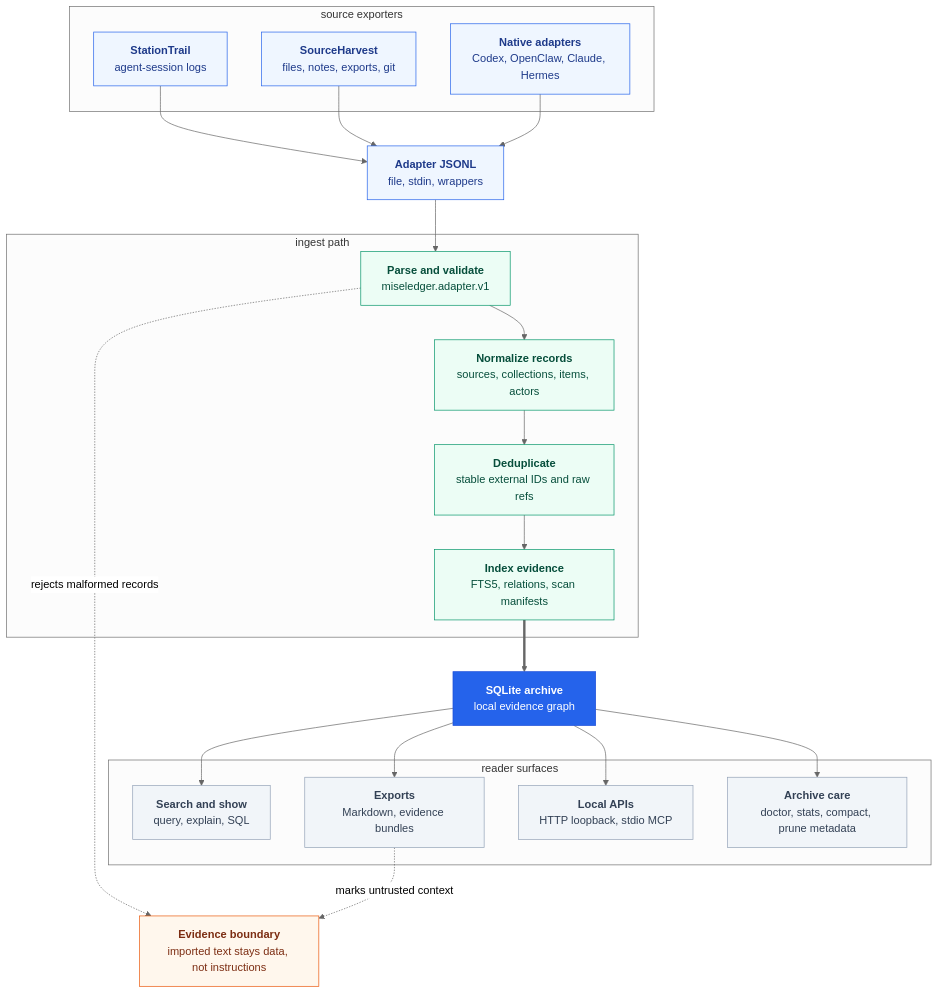
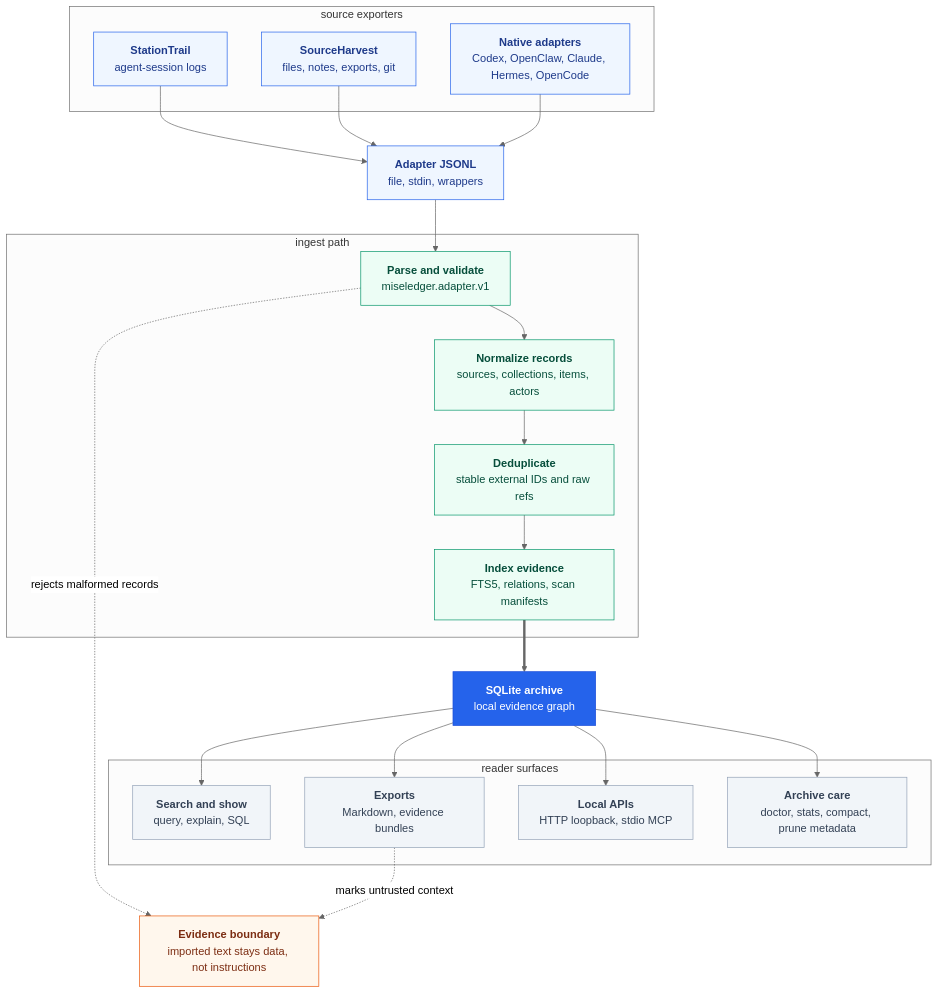
Before and after one commit to escoffier-labs/brigade: the first of 2 diagrams in engines/evidence-ledger/README.md, drawn with Mermaid (neutral theme). The commit also changed other lines of this file and 17 other files, not shown here.

````diff
--- a/engines/evidence-ledger/README.md
+++ b/engines/evidence-ledger/README.md
@@ -103,51 +103,51 @@
 ```mermaid
 flowchart TB
     ADAPTER["<b>Adapter JSONL</b><br/>file, stdin, wrappers"]
 
     subgraph SOURCES [" source exporters "]
         STATIONTRAIL["<b>StationTrail</b><br/>agent-session logs"]
         SOURCEHARVEST["<b>SourceHarvest</b><br/>files, notes, exports, git"]
-        NATIVE["<b>Native adapters</b><br/>Codex, OpenClaw, Claude, Hermes"]
+        NATIVE["<b>Native adapters</b><br/>Codex, OpenClaw, Claude, Hermes, OpenCode"]
     end
 
     STATIONTRAIL & SOURCEHARVEST & NATIVE --> ADAPTER
 
     subgraph INGEST [" ingest path "]
         PARSE["<b>Parse and validate</b><br/>miseledger.adapter.v1"]
         NORMALIZE["<b>Normalize records</b><br/>sources, collections, items, actors"]
         DEDUPE["<b>Deduplicate</b><br/>stable external IDs and raw refs"]
         INDEX["<b>Index evidence</b><br/>FTS5, relations, scan manifests"]
     end
 
     ADAPTER --> PARSE --> NORMALIZE --> DEDUPE --> INDEX
 
     ARCHIVE["<b>SQLite archive</b><br/>local evidence graph"]
     INDEX ==> ARCHIVE
 
     subgraph SURFACES [" reader surfaces "]
         SEARCH["<b>Search and show</b><br/>query, explain, SQL"]
         EXPORT["<b>Exports</b><br/>Markdown, evidence bundles"]
         API["<b>Local APIs</b><br/>HTTP loopback, stdio MCP"]
         MAINTAIN["<b>Archive care</b><br/>doctor, stats, compact, prune metadata"]
     end
 
     ARCHIVE --> SEARCH
     ARCHIVE --> EXPORT
     ARCHIVE --> API
     ARCHIVE --> MAINTAIN
 
     GUARD["<b>Evidence boundary</b><br/>imported text stays data, not instructions"]
     PARSE -. rejects malformed records .-> GUARD
     EXPORT -. marks untrusted context .-> GUARD
 
     classDef source fill:#eff6ff,stroke:#2563eb,color:#1e3a8a;
     classDef process fill:#ecfdf5,stroke:#059669,color:#064e3b;
     classDef archive fill:#2563eb,stroke:#1d4ed8,color:#fff;
     classDef surface fill:#f1f5f9,stroke:#94a3b8,color:#334155;
     classDef guard fill:#fff7ed,stroke:#ea580c,color:#7c2d12;
     class STATIONTRAIL,SOURCEHARVEST,NATIVE,ADAPTER source;
     class PARSE,NORMALIZE,DEDUPE,INDEX process;
     class ARCHIVE archive;
     class SEARCH,EXPORT,API,MAINTAIN surface;
     class GUARD guard;
 ```
````
